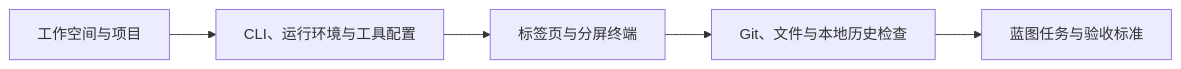
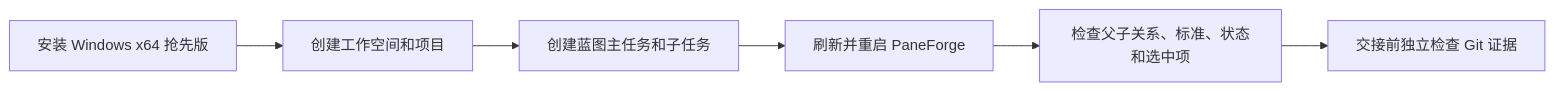
One commit to lihuabin1516-design/PaneForge-Releases changed the diagram in README.zh-CN.md. Above: the diagram before and after it, drawn with Mermaid. The commit also changed other lines of this file and 7 other files, not shown here.

First line of the commit message:
docs(showcase): upgrade PaneForge recruitment presentation

````diff
--- a/README.zh-CN.md
+++ b/README.zh-CN.md
@@ -25,7 +95,8 @@
 ```mermaid
 flowchart LR
-  Workspace[工作空间与项目] --> Launch[CLI、运行环境与工具配置]
-  Launch --> Sessions[标签页与分屏终端]
-  Sessions --> Review[Git、文件与本地历史检查]
-  Review --> Plan[蓝图任务与验收标准]
+  A[安装 Windows x64 抢先版] --> B[创建工作空间和项目]
+  B --> C[创建蓝图主任务和子任务]
+  C --> D[刷新并重启 PaneForge]
+  D --> E[检查父子关系、标准、状态和选中项]
+  E --> F[交接前独立检查 Git 证据]
 ```
````
